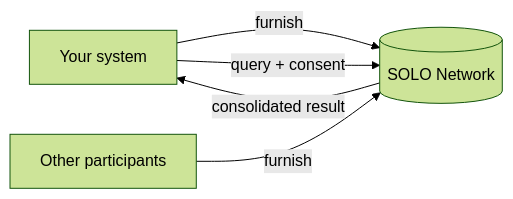
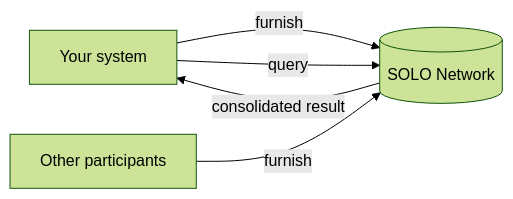
The second of 2 diagrams in home/welcome.mdx (solo-finance/docs), drawn with Mermaid (forest theme) before and after one commit. The commit also changed other lines of this file and 190 other files, not shown here.

````diff
--- a/home/welcome.mdx
+++ b/home/welcome.mdx
@@ -72,7 +72,7 @@
 ```mermaid
 flowchart LR
     You[Your system] -->|furnish| N[(SOLO Network)]
-    You -->|query + consent| N
+    You -->|query| N
     Others[Other participants] -->|furnish| N
     N -->|consolidated result| You
 ```
````
